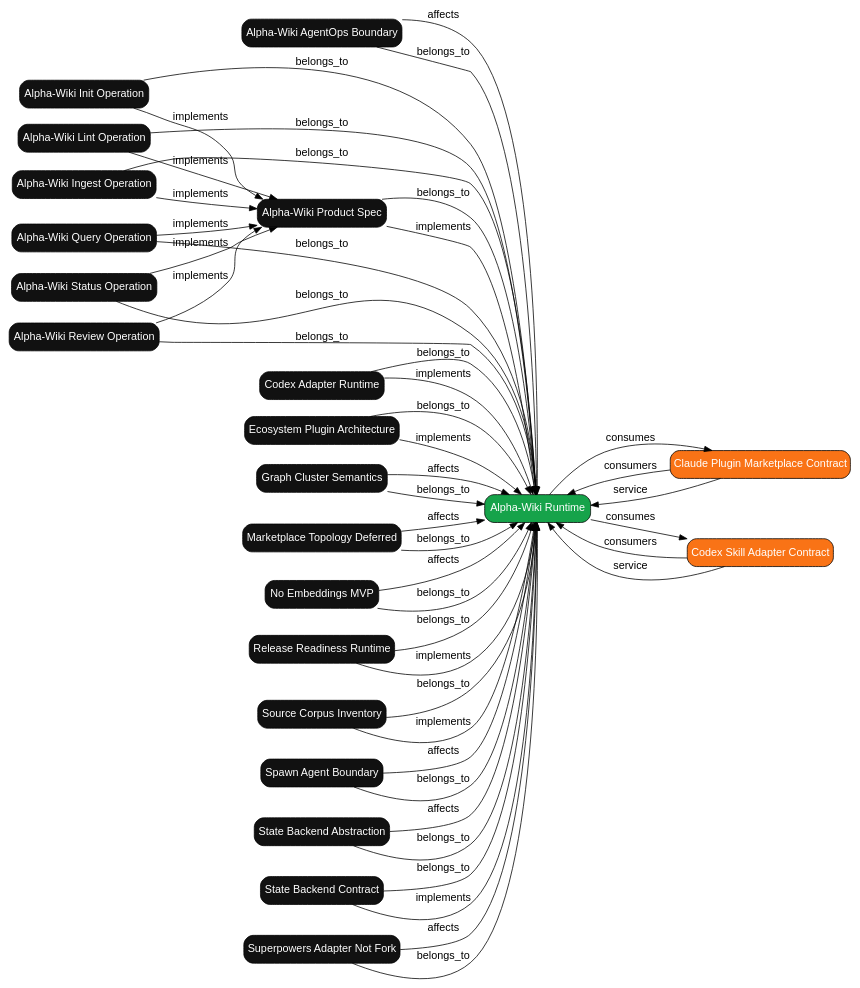
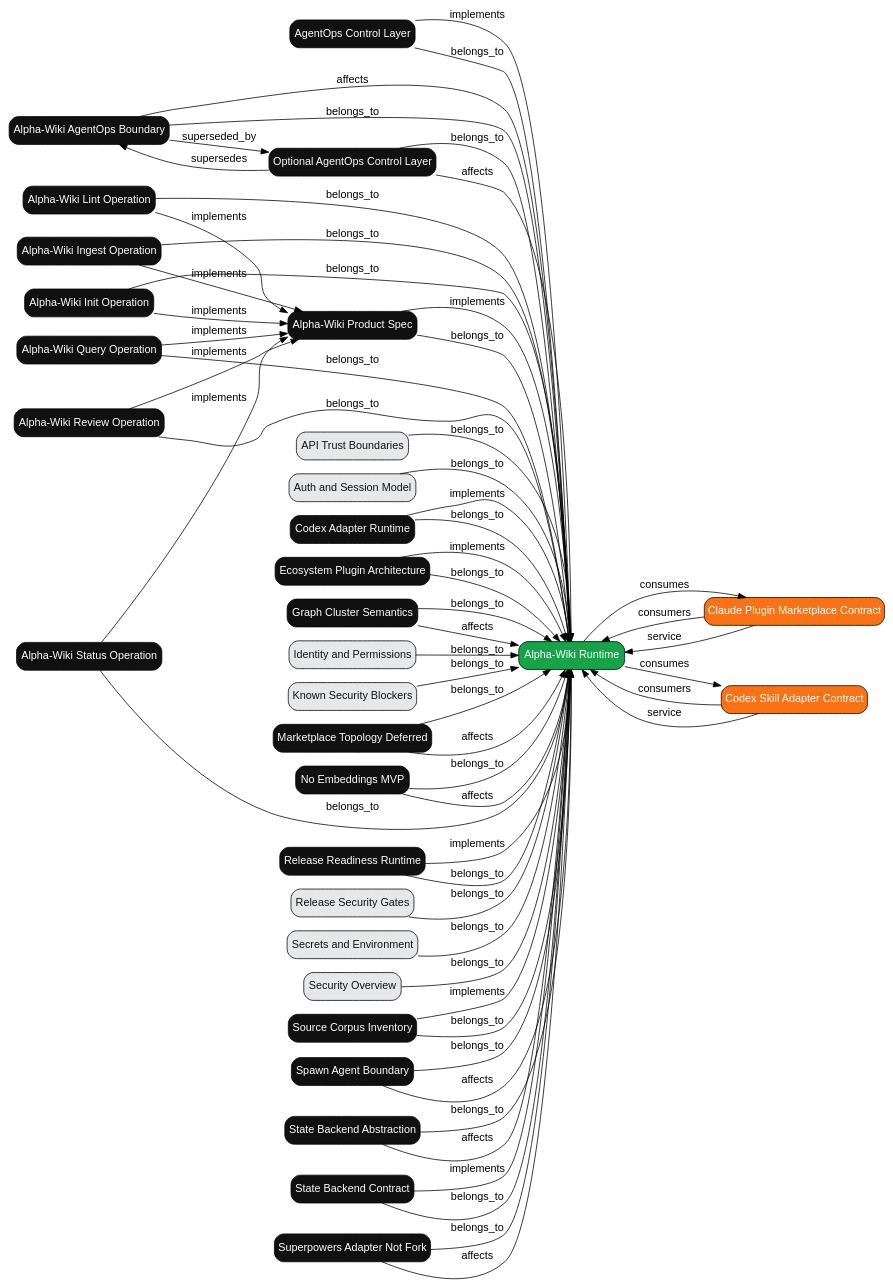
The diagram in wiki/graph/graph.dot (yura4gus/alpha-wiki-creator), drawn with Graphviz before and after one commit. The commit also changed 127 other files, not shown here.

Commit message:
release: add Codex parity and AgentOps v0.6.0

```diff
--- a/wiki/graph/graph.dot
+++ b/wiki/graph/graph.dot
@@ -1,71 +1,93 @@
 digraph AlphaWiki {
   graph [rankdir="LR", compound="true"];
   node [shape="box", style="filled,rounded", fontname="Arial"];
   edge [fontname="Arial"];
+  "agentops-control-layer" [label="AgentOps Control Layer", fillcolor="#111111", fontcolor="#FFFFFF"];
   "alpha-wiki-agentops-boundary" [label="Alpha-Wiki AgentOps Boundary", fillcolor="#111111", fontcolor="#FFFFFF"];
   "alpha-wiki-ingest-operation" [label="Alpha-Wiki Ingest Operation", fillcolor="#111111", fontcolor="#FFFFFF"];
   "alpha-wiki-init-operation" [label="Alpha-Wiki Init Operation", fillcolor="#111111", fontcolor="#FFFFFF"];
   "alpha-wiki-lint-operation" [label="Alpha-Wiki Lint Operation", fillcolor="#111111", fontcolor="#FFFFFF"];
   "alpha-wiki-product-spec" [label="Alpha-Wiki Product Spec", fillcolor="#111111", fontcolor="#FFFFFF"];
   "alpha-wiki-query-operation" [label="Alpha-Wiki Query Operation", fillcolor="#111111", fontcolor="#FFFFFF"];
   "alpha-wiki-review-operation" [label="Alpha-Wiki Review Operation", fillcolor="#111111", fontcolor="#FFFFFF"];
   "alpha-wiki-runtime" [label="Alpha-Wiki Runtime", fillcolor="#16A34A", fontcolor="#FFFFFF"];
   "alpha-wiki-status-operation" [label="Alpha-Wiki Status Operation", fillcolor="#111111", fontcolor="#FFFFFF"];
+  "api-boundaries" [label="API Trust Boundaries", fillcolor="#E5E7EB", fontcolor="#111111"];
+  "auth-session" [label="Auth and Session Model", fillcolor="#E5E7EB", fontcolor="#111111"];
   "claude-plugin-marketplace-contract" [label="Claude Plugin Marketplace Contract", fillcolor="#F97316", fontcolor="#FFFFFF"];
   "codex-adapter-runtime" [label="Codex Adapter Runtime", fillcolor="#111111", fontcolor="#FFFFFF"];
   "codex-skill-adapter-contract" [label="Codex Skill Adapter Contract", fillcolor="#F97316", fontcolor="#FFFFFF"];
   "ecosystem-plugin-architecture" [label="Ecosystem Plugin Architecture", fillcolor="#111111", fontcolor="#FFFFFF"];
   "graph-cluster-semantics" [label="Graph Cluster Semantics", fillcolor="#111111", fontcolor="#FFFFFF"];
+  "identity-permissions" [label="Identity and Permissions", fillcolor="#E5E7EB", fontcolor="#111111"];
+  "known-security-blockers" [label="Known Security Blockers", fillcolor="#E5E7EB", fontcolor="#111111"];
   "marketplace-topology-deferred" [label="Marketplace Topology Deferred", fillcolor="#111111", fontcolor="#FFFFFF"];
   "no-embeddings-mvp" [label="No Embeddings MVP", fillcolor="#111111", fontcolor="#FFFFFF"];
+  "optional-agentops-control-layer" [label="Optional AgentOps Control Layer", fillcolor="#111111", fontcolor="#FFFFFF"];
   "release-readiness-runtime" [label="Release Readiness Runtime", fillcolor="#111111", fontcolor="#FFFFFF"];
+  "release-security-gates" [label="Release Security Gates", fillcolor="#E5E7EB", fontcolor="#111111"];
+  "secrets-env" [label="Secrets and Environment", fillcolor="#E5E7EB", fontcolor="#111111"];
+  "security-overview" [label="Security Overview", fillcolor="#E5E7EB", fontcolor="#111111"];
   "source-corpus-inventory" [label="Source Corpus Inventory", fillcolor="#111111", fontcolor="#FFFFFF"];
   "spawn-agent-boundary" [label="Spawn Agent Boundary", fillcolor="#111111", fontcolor="#FFFFFF"];
   "state-backend-abstraction" [label="State Backend Abstraction", fillcolor="#111111", fontcolor="#FFFFFF"];
   "state-backend-contract" [label="State Backend Contract", fillcolor="#111111", fontcolor="#FFFFFF"];
   "superpowers-adapter-not-fork" [label="Superpowers Adapter Not Fork", fillcolor="#111111", fontcolor="#FFFFFF"];
+  "agentops-control-layer" -> "alpha-wiki-runtime" [label="belongs_to"];
+  "agentops-control-layer" -> "alpha-wiki-runtime" [label="implements"];
   "alpha-wiki-agentops-boundary" -> "alpha-wiki-runtime" [label="affects"];
   "alpha-wiki-agentops-boundary" -> "alpha-wiki-runtime" [label="belongs_to"];
+  "alpha-wiki-agentops-boundary" -> "optional-agentops-control-layer" [label="superseded_by"];
   "alpha-wiki-ingest-operation" -> "alpha-wiki-product-spec" [label="implements"];
   "alpha-wiki-ingest-operation" -> "alpha-wiki-runtime" [label="belongs_to"];
   "alpha-wiki-init-operation" -> "alpha-wiki-product-spec" [label="implements"];
   "alpha-wiki-init-operation" -> "alpha-wiki-runtime" [label="belongs_to"];
   "alpha-wiki-lint-operation" -> "alpha-wiki-product-spec" [label="implements"];
   "alpha-wiki-lint-operation" -> "alpha-wiki-runtime" [label="belongs_to"];
   "alpha-wiki-product-spec" -> "alpha-wiki-runtime" [label="belongs_to"];
   "alpha-wiki-product-spec" -> "alpha-wiki-runtime" [label="implements"];
   "alpha-wiki-query-operation" -> "alpha-wiki-product-spec" [label="implements"];
   "alpha-wiki-query-operation" -> "alpha-wiki-runtime" [label="belongs_to"];
   "alpha-wiki-review-operation" -> "alpha-wiki-product-spec" [label="implements"];
   "alpha-wiki-review-operation" -> "alpha-wiki-runtime" [label="belongs_to"];
   "alpha-wiki-runtime" -> "claude-plugin-marketplace-contract" [label="consumes"];
   "alpha-wiki-runtime" -> "codex-skill-adapter-contract" [label="consumes"];
   "alpha-wiki-status-operation" -> "alpha-wiki-product-spec" [label="implements"];
   "alpha-wiki-status-operation" -> "alpha-wiki-runtime" [label="belongs_to"];
+  "api-boundaries" -> "alpha-wiki-runtime" [label="belongs_to"];
+  "auth-session" -> "alpha-wiki-runtime" [label="belongs_to"];
   "claude-plugin-marketplace-contract" -> "alpha-wiki-runtime" [label="consumers"];
   "claude-plugin-marketplace-contract" -> "alpha-wiki-runtime" [label="service"];
   "codex-adapter-runtime" -> "alpha-wiki-runtime" [label="belongs_to"];
   "codex-adapter-runtime" -> "alpha-wiki-runtime" [label="implements"];
   "codex-skill-adapter-contract" -> "alpha-wiki-runtime" [label="consumers"];
   "codex-skill-adapter-contract" -> "alpha-wiki-runtime" [label="service"];
   "ecosystem-plugin-architecture" -> "alpha-wiki-runtime" [label="belongs_to"];
   "ecosystem-plugin-architecture" -> "alpha-wiki-runtime" [label="implements"];
   "graph-cluster-semantics" -> "alpha-wiki-runtime" [label="affects"];
   "graph-cluster-semantics" -> "alpha-wiki-runtime" [label="belongs_to"];
+  "identity-permissions" -> "alpha-wiki-runtime" [label="belongs_to"];
+  "known-security-blockers" -> "alpha-wiki-runtime" [label="belongs_to"];
   "marketplace-topology-deferred" -> "alpha-wiki-runtime" [label="affects"];
   "marketplace-topology-deferred" -> "alpha-wiki-runtime" [label="belongs_to"];
   "no-embeddings-mvp" -> "alpha-wiki-runtime" [label="affects"];
   "no-embeddings-mvp" -> "alpha-wiki-runtime" [label="belongs_to"];
+  "optional-agentops-control-layer" -> "alpha-wiki-agentops-boundary" [label="supersedes"];
+  "optional-agentops-control-layer" -> "alpha-wiki-runtime" [label="affects"];
+  "optional-agentops-control-layer" -> "alpha-wiki-runtime" [label="belongs_to"];
   "release-readiness-runtime" -> "alpha-wiki-runtime" [label="belongs_to"];
   "release-readiness-runtime" -> "alpha-wiki-runtime" [label="implements"];
+  "release-security-gates" -> "alpha-wiki-runtime" [label="belongs_to"];
+  "secrets-env" -> "alpha-wiki-runtime" [label="belongs_to"];
+  "security-overview" -> "alpha-wiki-runtime" [label="belongs_to"];
   "source-corpus-inventory" -> "alpha-wiki-runtime" [label="belongs_to"];
   "source-corpus-inventory" -> "alpha-wiki-runtime" [label="implements"];
   "spawn-agent-boundary" -> "alpha-wiki-runtime" [label="affects"];
   "spawn-agent-boundary" -> "alpha-wiki-runtime" [label="belongs_to"];
   "state-backend-abstraction" -> "alpha-wiki-runtime" [label="affects"];
   "state-backend-abstraction" -> "alpha-wiki-runtime" [label="belongs_to"];
   "state-backend-contract" -> "alpha-wiki-runtime" [label="belongs_to"];
   "state-backend-contract" -> "alpha-wiki-runtime" [label="implements"];
   "superpowers-adapter-not-fork" -> "alpha-wiki-runtime" [label="affects"];
   "superpowers-adapter-not-fork" -> "alpha-wiki-runtime" [label="belongs_to"];
 }
```
